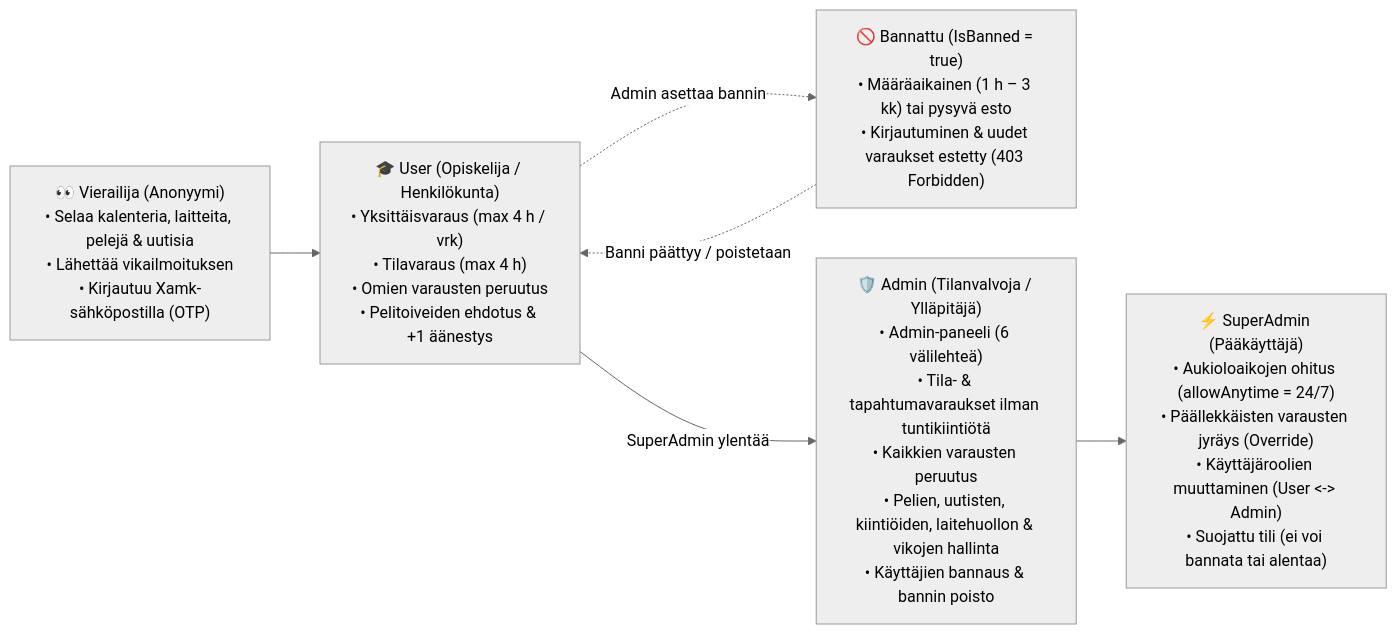
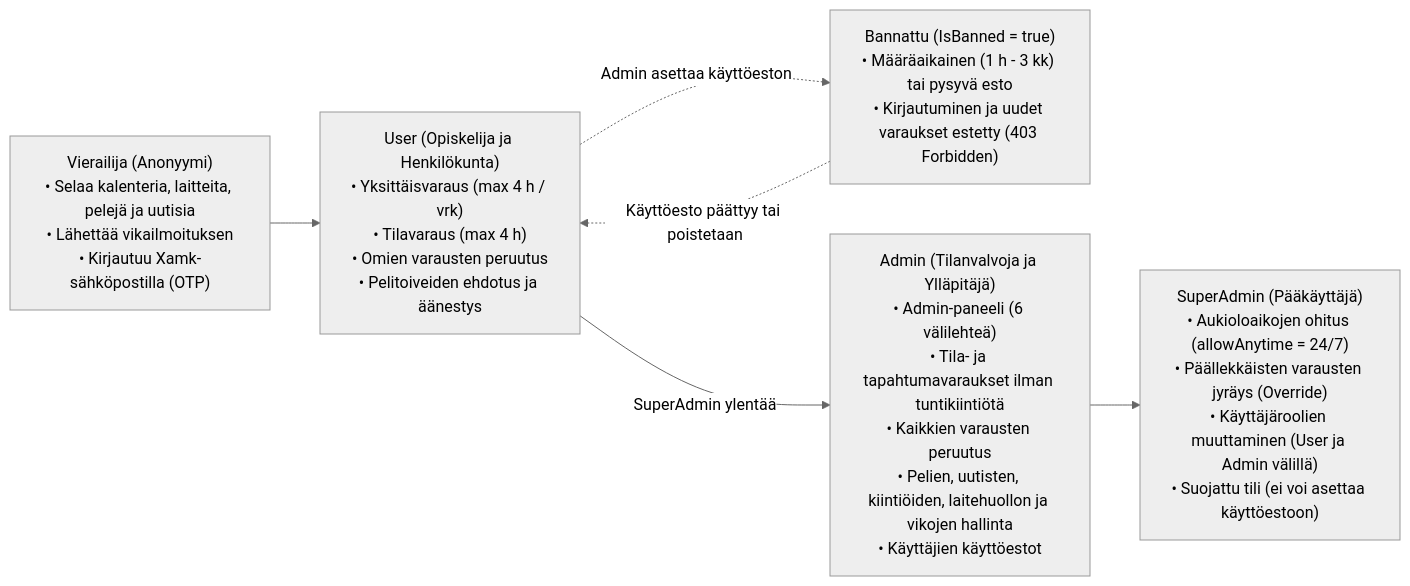
Before and after one commit to Jone81/pelihuonevaraus: the fourth of 6 diagrams in Docs/FULLSTACK_SPECS_AND_MAP.md, drawn with Mermaid (neutral theme). The commit also changed other lines of this file and 22 other files, not shown here.

````diff
--- a/Docs/FULLSTACK_SPECS_AND_MAP.md
+++ b/Docs/FULLSTACK_SPECS_AND_MAP.md
@@ -261,14 +261,14 @@
 ```mermaid
 flowchart LR
-    Anon["👀 Vierailija (Anonyymi)\n• Selaa kalenteria, laitteita, pelejä & uutisia\n• Lähettää vikailmoituksen\n• Kirjautuu Xamk-sähköpostilla (OTP)"]
-    Banned["🚫 Bannattu (IsBanned = true)\n• Määräaikainen (1 h – 3 kk) tai pysyvä esto\n• Kirjautuminen & uudet varaukset estetty (403 Forbidden)"]
-    User["🎓 User (Opiskelija / Henkilökunta)\n• Yksittäisvaraus (max 4 h / vrk)\n• Tilavaraus (max 4 h)\n• Omien varausten peruutus\n• Pelitoiveiden ehdotus & +1 äänestys"]
-    Admin["🛡️ Admin (Tilanvalvoja / Ylläpitäjä)\n• Admin-paneeli (6 välilehteä)\n• Tila- & tapahtumavaraukset ilman tuntikiintiötä\n• Kaikkien varausten peruutus\n• Pelien, uutisten, kiintiöiden, laitehuollon & vikojen hallinta\n• Käyttäjien bannaus & bannin poisto"]
-    SuperAdmin["⚡ SuperAdmin (Pääkäyttäjä)\n• Aukioloaikojen ohitus (allowAnytime = 24/7)\n• Päällekkäisten varausten jyräys (Override)\n• Käyttäjäroolien muuttaminen (User <-> Admin)\n• Suojattu tili (ei voi bannata tai alentaa)"]
+    Anon["Vierailija (Anonyymi)\n• Selaa kalenteria, laitteita, pelejä ja uutisia\n• Lähettää vikailmoituksen\n• Kirjautuu Xamk-sähköpostilla (OTP)"]
+    Banned["Bannattu (IsBanned = true)\n• Määräaikainen (1 h - 3 kk) tai pysyvä esto\n• Kirjautuminen ja uudet varaukset estetty (403 Forbidden)"]
+    User["User (Opiskelija ja Henkilökunta)\n• Yksittäisvaraus (max 4 h / vrk)\n• Tilavaraus (max 4 h)\n• Omien varausten peruutus\n• Pelitoiveiden ehdotus ja äänestys"]
+    Admin["Admin (Tilanvalvoja ja Ylläpitäjä)\n• Admin-paneeli (6 välilehteä)\n• Tila- ja tapahtumavaraukset ilman tuntikiintiötä\n• Kaikkien varausten peruutus\n• Pelien, uutisten, kiintiöiden, laitehuollon ja vikojen hallinta\n• Käyttäjien käyttöestot"]
+    SuperAdmin["SuperAdmin (Pääkäyttäjä)\n• Aukioloaikojen ohitus (allowAnytime = 24/7)\n• Päällekkäisten varausten jyräys (Override)\n• Käyttäjäroolien muuttaminen (User ja Admin välillä)\n• Suojattu tili (ei voi asettaa käyttöestoon)"]
 
     Anon --> User
-    User -. "Admin asettaa bannin" .-> Banned
-    Banned -. "Banni päättyy / poistetaan" .-> User
+    User -. "Admin asettaa käyttöeston" .-> Banned
+    Banned -. "Käyttöesto päättyy tai poistetaan" .-> User
     User -- "SuperAdmin ylentää" --> Admin
     Admin --> SuperAdmin
 ```
````
